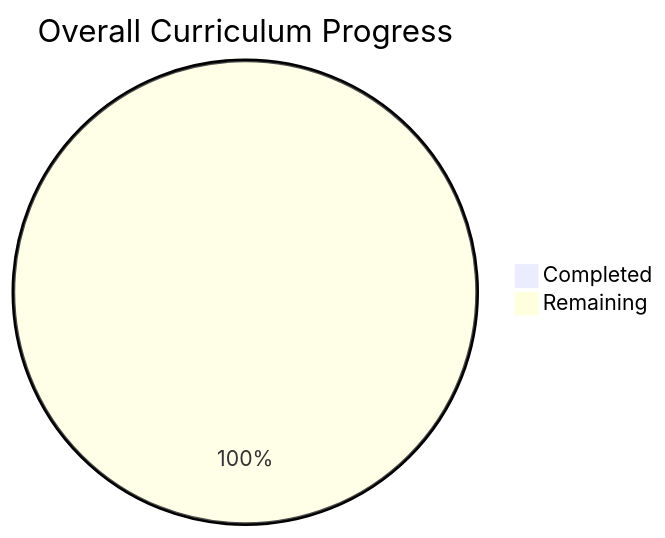
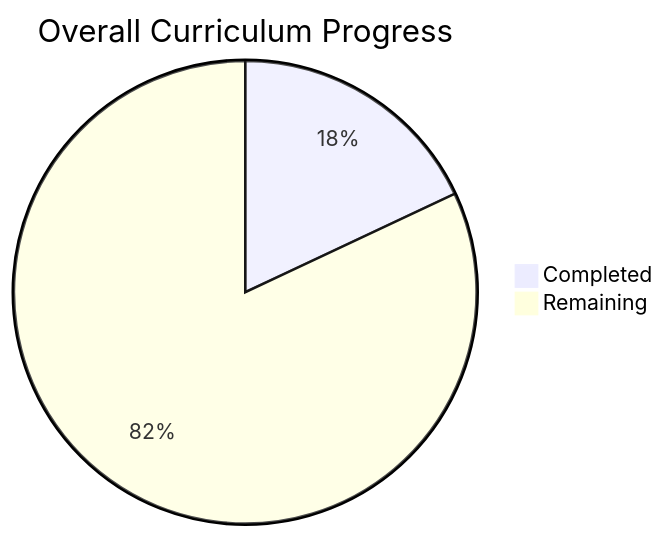
The second of 3 diagrams in learning-system/progress/PROGRESS.md (Muazislam/FullStack-Engineering-Education), drawn with Mermaid before and after one commit. The commit also changed other lines of this file and 3 other files, not shown here.

````diff
--- a/learning-system/progress/PROGRESS.md
+++ b/learning-system/progress/PROGRESS.md
@@ -82,5 +82,5 @@
 ```mermaid
 pie title Overall Curriculum Progress
-  "Completed" : 0
-  "Remaining" : 100
+  "Completed" : 18
+  "Remaining" : 82
 ```
````
